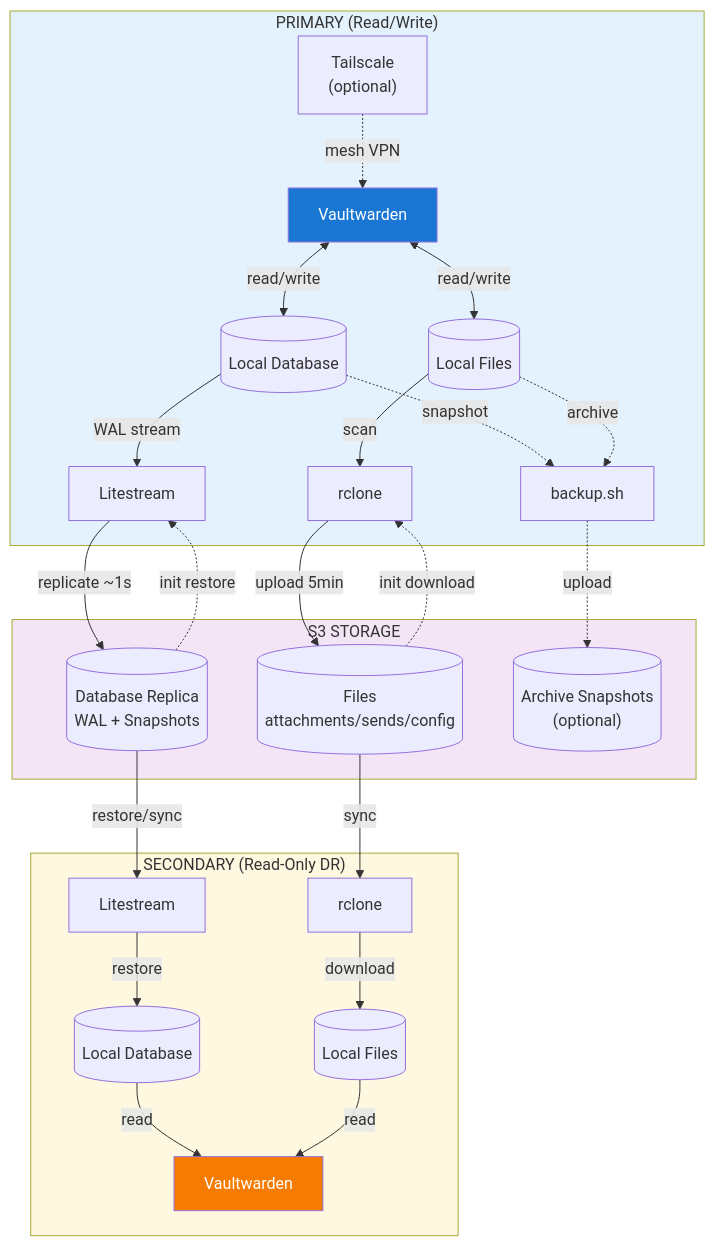
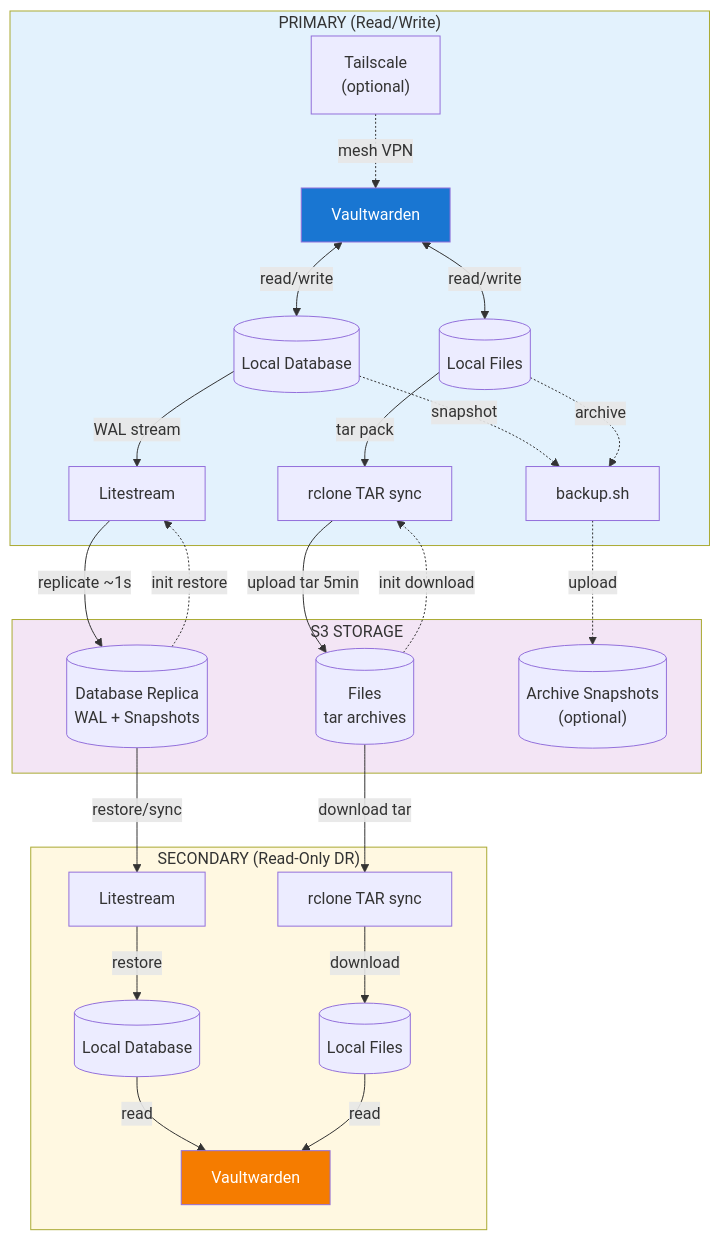
One commit to garyellow/vaultwarden-stream changed the diagram in README.md. Above: the diagram before and after it, drawn with Mermaid. The commit also changed other lines of this file and 10 other files, not shown here.

First line of the commit message:
feat: Enhance backup and sync functionality with tar-based archives

````diff
--- a/README.md
+++ b/README.md
@@ -27,54 +27,54 @@
 ```mermaid
 graph TB
     subgraph PRIMARY["PRIMARY (Read/Write)"]
         VW1[Vaultwarden]
         DB1[(Local Database)]
         FILES1[(Local Files)]
         LS1[Litestream]
-        RC1[rclone]
+        RC1[rclone TAR sync]
         BACKUP1[backup.sh]
         TS1["Tailscale<br/>(optional)"]
 
         VW1 <-->|read/write| DB1
         VW1 <-->|read/write| FILES1
         DB1 -->|WAL stream| LS1
-        FILES1 -->|scan| RC1
+        FILES1 -->|tar pack| RC1
         DB1 -.->|snapshot| BACKUP1
         FILES1 -.->|archive| BACKUP1
         TS1 -.->|mesh VPN| VW1
     end
 
     subgraph S3["S3 STORAGE"]
         S3DB[(Database Replica<br/>WAL + Snapshots)]
-        S3FILES[(Files<br/>attachments/sends/config)]
+        S3FILES[(Files<br/>tar archives)]
         S3BACKUP[("Archive Snapshots<br/>(optional)")]
     end
 
     subgraph SECONDARY["SECONDARY (Read-Only DR)"]
         VW2[Vaultwarden]
         DB2[(Local Database)]
         FILES2[(Local Files)]
         LS2[Litestream]
-        RC2[rclone]
+        RC2[rclone TAR sync]
 
         DB2 -->|read| VW2
         FILES2 -->|read| VW2
         LS2 -->|restore| DB2
         RC2 -->|download| FILES2
     end
 
     LS1 -->|replicate ~1s| S3DB
-    RC1 -->|upload 5min| S3FILES
+    RC1 -->|upload tar 5min| S3FILES
     BACKUP1 -.->|upload| S3BACKUP
 
     S3DB -->|restore/sync| LS2
-    S3FILES -->|sync| RC2
+    S3FILES -->|download tar| RC2
     S3DB -.->|init restore| LS1
     S3FILES -.->|init download| RC1
 
     style PRIMARY fill:#e3f2fd
     style SECONDARY fill:#fff8e1
     style S3 fill:#f3e5f5
     style VW1 fill:#1976d2,color:#fff
     style VW2 fill:#f57c00,color:#fff
 ```
````
